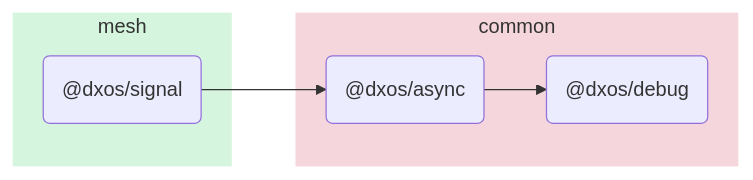
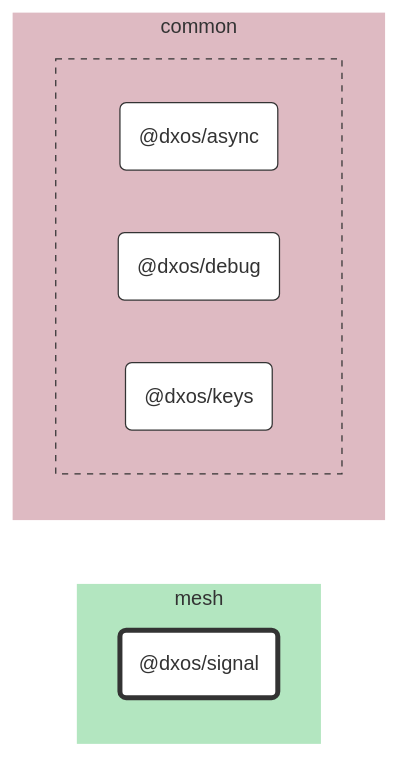
Before and after one commit to dxos/dxos: the diagram in packages/mesh/signal/docs/README.md, drawn with Mermaid. The commit also changed other lines of this file and 89 other files, not shown here.

````diff
--- a/packages/mesh/signal/docs/README.md
+++ b/packages/mesh/signal/docs/README.md
@@ -5,17 +7,44 @@
 ```mermaid
-flowchart LR;
+%%{ init: {'flowchart':{'curve':'basis'}} }%%
 
+flowchart LR
+
+%% Links
+
+%% Sections
 subgraph mesh
-  style mesh fill:#d6f5de,stroke:#fff;
-  dxos/signal("@dxos/signal");
+  style mesh fill:#b3e6c0,stroke:#fff;
+
+  dxos/signal("@dxos/signal")
 end
 
 subgraph common
-  style common fill:#f5d6dd,stroke:#fff;
-  dxos/async("@dxos/async");
-  dxos/debug("@dxos/debug");
+  style common fill:#debac2,stroke:#fff;
+
+
+  subgraph common-excluded [ ]
+    style common-excluded fill:#debac2,stroke:#333,stroke-dasharray:5 5;
+
+    dxos/async("@dxos/async")
+    dxos/debug("@dxos/debug")
+    dxos/keys("@dxos/keys")
+  end
 end
 
-dxos/signal --> dxos/async;
-dxos/async --> dxos/debug;
+
+%% Hyperlinks
+click dxos/async "dxos/dxos/tree/main/packages/common/async/docs";
+click dxos/debug "dxos/dxos/tree/main/packages/common/debug/docs";
+click dxos/keys "dxos/dxos/tree/main/packages/common/keys/docs";
+
+%% Styles
+classDef rootNode fill:#fff,stroke:#333,stroke-width:4px
+classDef defaultNode fill:#fff,stroke:#333,stroke-width:1px
+linkStyle default stroke:#333,stroke-width:1px
+
+dxos/signal:::rootNode
+
+dxos/async:::defaultNode
+dxos/debug:::defaultNode
+dxos/keys:::defaultNode
 ```
````
